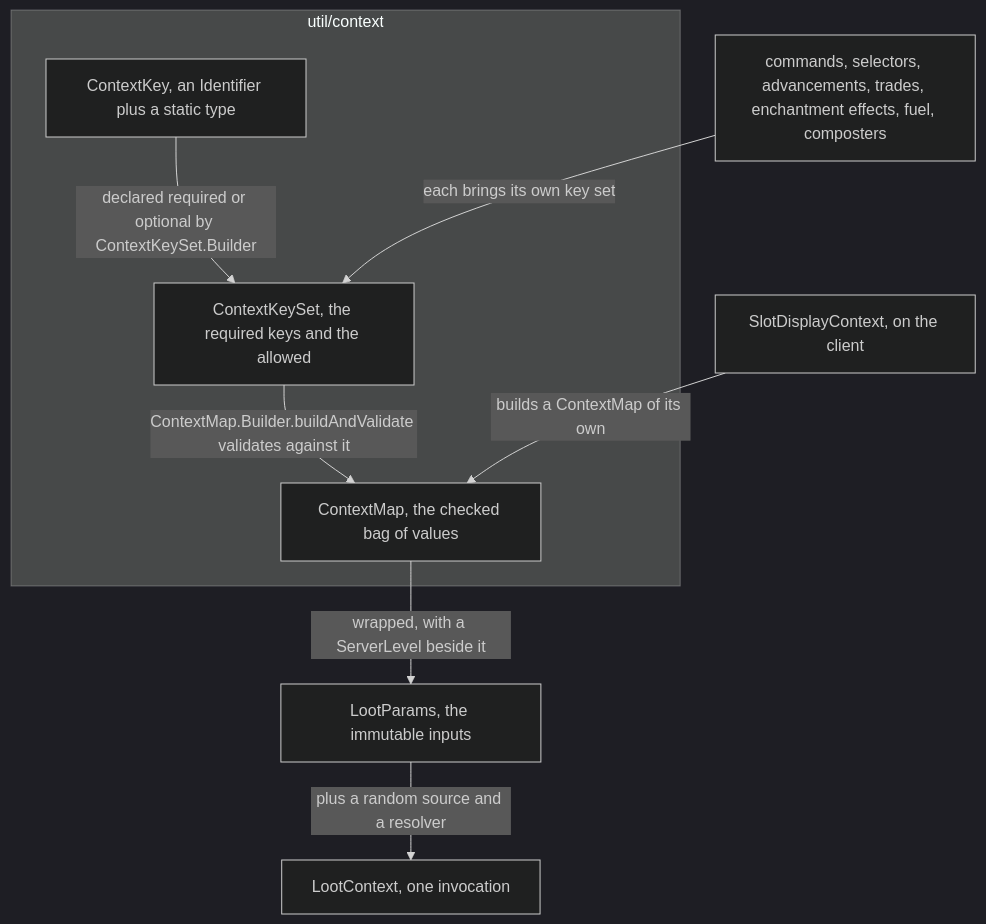
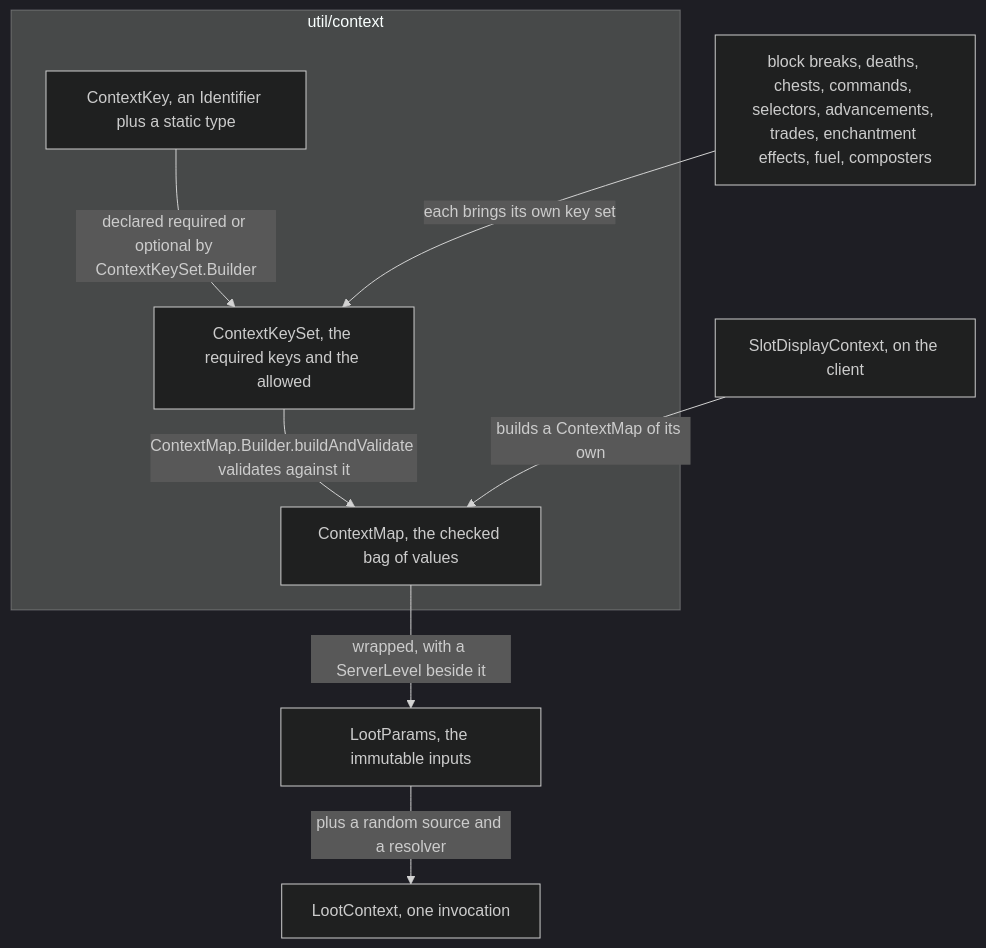
The first of 2 diagrams in src/systems/items/contexts-and-predicates.md (AlexanderjFraser/MinecraftDocs), drawn with Mermaid (dark theme) before and after one commit. The commit also changed other lines of this file and 17 other files, not shown here.

````diff
--- a/src/systems/items/contexts-and-predicates.md
+++ b/src/systems/items/contexts-and-predicates.md
@@ -24,18 +24,18 @@
 ```mermaid
 flowchart TD
-    Callers["commands, selectors, advancements, trades, enchantment effects, fuel, composters"]
+    Callers["block breaks, deaths, chests, commands, selectors, advancements, trades, enchantment effects, fuel, composters"]
     Client["SlotDisplayContext, on the client"]:::client
     subgraph U["util/context"]
         CK["ContextKey, an Identifier plus a static type"]
         CKS["ContextKeySet, the required keys and the allowed"]
         CMap["ContextMap, the checked bag of values"]
     end
     LPar["LootParams, the immutable inputs"]:::server
     LCtx["LootContext, one invocation"]:::server
     CK -->|"declared required or optional by ContextKeySet.Builder"| CKS
     CKS -->|"ContextMap.Builder.buildAndValidate validates against it"| CMap
     Callers -->|"each brings its own key set"| CKS
     Client -->|"builds a ContextMap of its own"| CMap
     CMap -->|"wrapped, with a ServerLevel beside it"| LPar
     LPar -->|"plus a random source and a resolver"| LCtx
 ```
````
